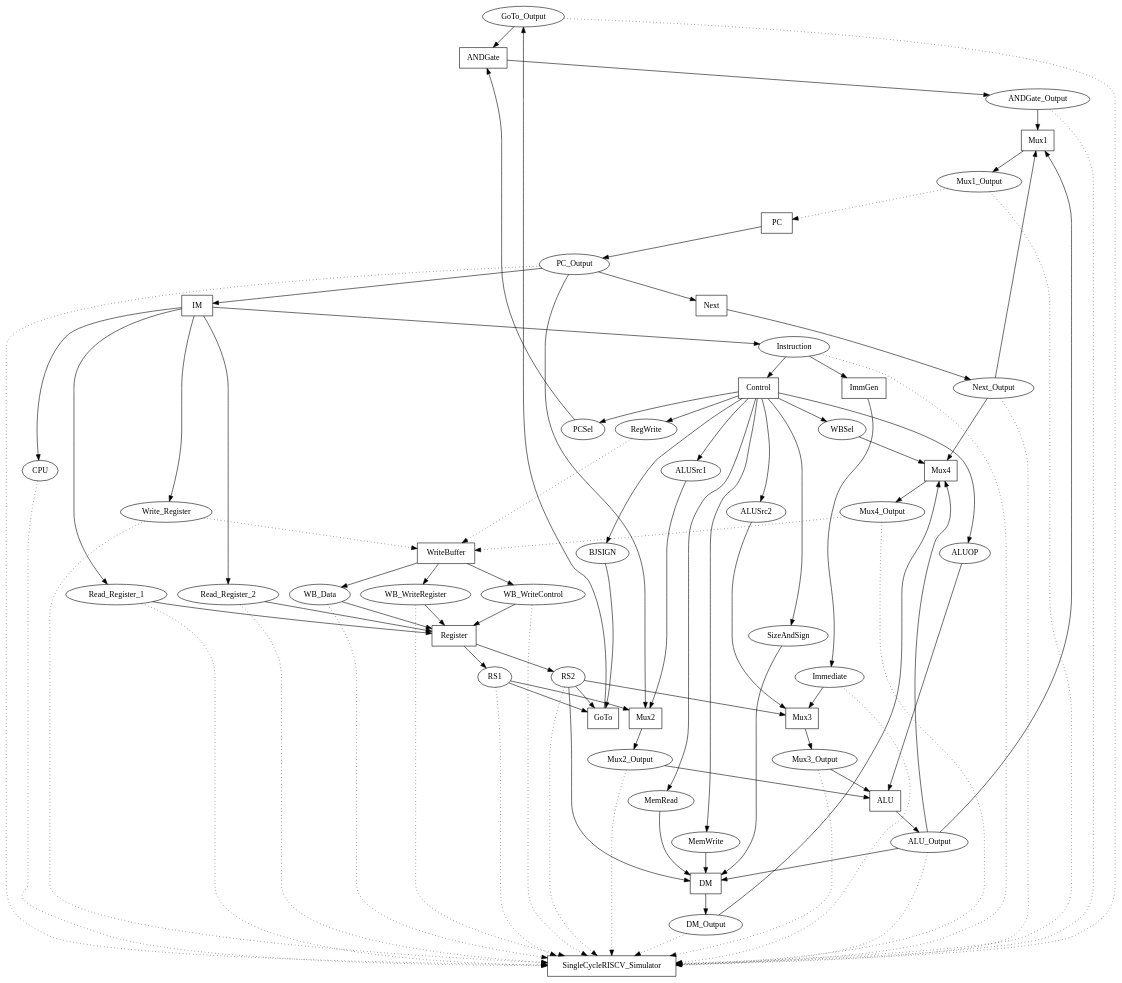
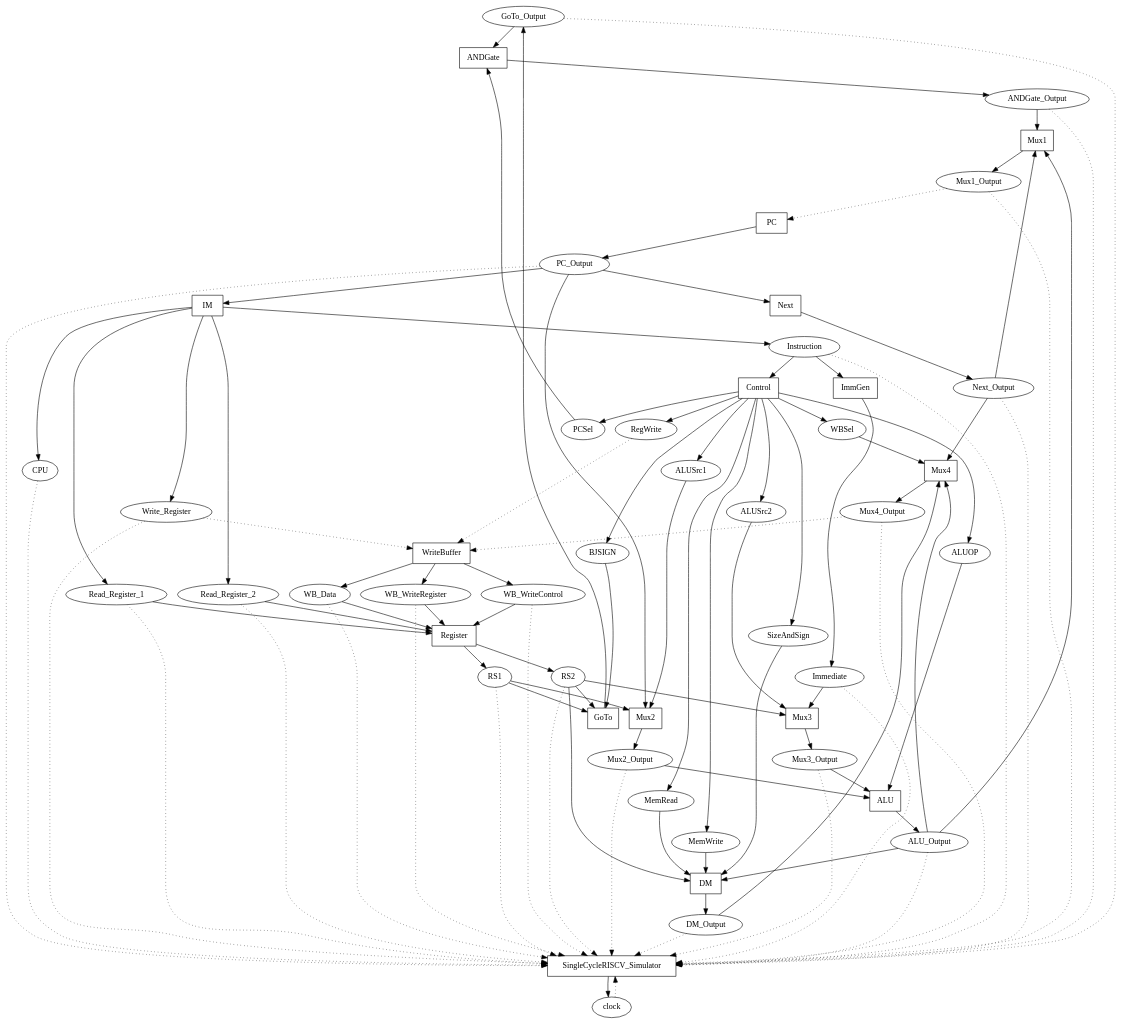
Before and after one commit to DanielRamyar/Master_Thesis: the diagram in SME_Implementations/SingleCycleRISCV2/output/network.dot, drawn with Graphviz. The commit also changed 9 other files, not shown here.

```diff
--- a/SME_Implementations/SingleCycleRISCV2/output/network.dot
+++ b/SME_Implementations/SingleCycleRISCV2/output/network.dot
@@ -1,140 +1,143 @@
 digraph SingleCycleRISCV {
 "GoTo_Output" [shape=oval];
 "PCSel" [shape=oval];
 "Next_Output" [shape=oval];
 "ALU_Output" [shape=oval];
 "ANDGate_Output" [shape=oval];
 "PC_Output" [shape=oval];
 "Read_Register_1" [shape=oval];
 "Read_Register_2" [shape=oval];
 "WB_Data" [shape=oval];
 "WB_WriteRegister" [shape=oval];
 "WB_WriteControl" [shape=oval];
 "Instruction" [shape=oval];
 "RS1" [shape=oval];
 "ALUSrc1" [shape=oval];
 "RS2" [shape=oval];
 "Immediate" [shape=oval];
 "ALUSrc2" [shape=oval];
 "ALUOP" [shape=oval];
 "Mux2_Output" [shape=oval];
 "Mux3_Output" [shape=oval];
 "BJSIGN" [shape=oval];
 "MemRead" [shape=oval];
 "MemWrite" [shape=oval];
 "SizeAndSign" [shape=oval];
 "DM_Output" [shape=oval];
 "WBSel" [shape=oval];
+"clock" [shape=oval];
 "Mux1_Output" [shape=oval];
 "Write_Register" [shape=oval];
 "CPU" [shape=oval];
 "RegWrite" [shape=oval];
 "Mux4_Output" [shape=oval];
 "ANDGate" [shape=box];
 "Mux1" [shape=box];
 "Mux4" [shape=box];
 "DM" [shape=box];
 "Next" [shape=box];
 "IM" [shape=box];
 "Mux2" [shape=box];
 "Register" [shape=box];
 "ImmGen" [shape=box];
 "Control" [shape=box];
 "GoTo" [shape=box];
 "Mux3" [shape=box];
 "ALU" [shape=box];
+"SingleCycleRISCV_Simulator" [shape=box];
 "PC" [shape=box];
 "WriteBuffer" [shape=box];
-"SingleCycleRISCV_Simulator" [shape=box];
 "GoTo_Output" -> "ANDGate";
 "PCSel" -> "ANDGate";
 "Next_Output" -> "Mux1";
 "Next_Output" -> "Mux4";
 "ALU_Output" -> "Mux1";
 "ALU_Output" -> "DM";
 "ALU_Output" -> "Mux4";
 "ANDGate_Output" -> "Mux1";
 "PC_Output" -> "Next";
 "PC_Output" -> "IM";
 "PC_Output" -> "Mux2";
 "Read_Register_1" -> "Register";
 "Read_Register_2" -> "Register";
 "WB_Data" -> "Register";
 "WB_WriteRegister" -> "Register";
 "WB_WriteControl" -> "Register";
 "Instruction" -> "ImmGen";
 "Instruction" -> "Control";
 "RS1" -> "Mux2";
 "RS1" -> "GoTo";
 "ALUSrc1" -> "Mux2";
 "RS2" -> "Mux3";
 "RS2" -> "GoTo";
 "RS2" -> "DM";
 "Immediate" -> "Mux3";
 "ALUSrc2" -> "Mux3";
 "ALUOP" -> "ALU";
 "Mux2_Output" -> "ALU";
 "Mux3_Output" -> "ALU";
 "BJSIGN" -> "GoTo";
 "MemRead" -> "DM";
 "MemWrite" -> "DM";
 "SizeAndSign" -> "DM";
 "DM_Output" -> "Mux4";
 "WBSel" -> "Mux4";
+"SingleCycleRISCV_Simulator" -> "clock";
 "ANDGate" -> "ANDGate_Output";
 "Mux1" -> "Mux1_Output";
 "PC" -> "PC_Output";
 "Next" -> "Next_Output";
 "IM" -> "Read_Register_1";
 "IM" -> "Read_Register_2";
 "IM" -> "Write_Register";
 "IM" -> "Instruction";
 "IM" -> "CPU";
 "Register" -> "RS1";
 "Register" -> "RS2";
 "ImmGen" -> "Immediate";
 "Control" -> "PCSel";
 "Control" -> "RegWrite";
 "Control" -> "ALUSrc1";
 "Control" -> "ALUSrc2";
 "Control" -> "ALUOP";
 "Control" -> "BJSIGN";
 "Control" -> "MemRead";
 "Control" -> "MemWrite";
 "Control" -> "WBSel";
 "Control" -> "SizeAndSign";
 "WriteBuffer" -> "WB_Data";
 "WriteBuffer" -> "WB_WriteRegister";
 "WriteBuffer" -> "WB_WriteControl";
 "Mux2" -> "Mux2_Output";
 "Mux3" -> "Mux3_Output";
 "ALU" -> "ALU_Output";
 "GoTo" -> "GoTo_Output";
 "DM" -> "DM_Output";
 "Mux4" -> "Mux4_Output";
 "ANDGate_Output" -> "SingleCycleRISCV_Simulator" [style=dotted];
 "Mux1_Output" -> "SingleCycleRISCV_Simulator" [style=dotted];
 "Mux1_Output" -> "PC" [style=dotted];
 "PC_Output" -> "SingleCycleRISCV_Simulator" [style=dotted];
 "Next_Output" -> "SingleCycleRISCV_Simulator" [style=dotted];
 "Instruction" -> "SingleCycleRISCV_Simulator" [style=dotted];
 "Read_Register_1" -> "SingleCycleRISCV_Simulator" [style=dotted];
 "Read_Register_2" -> "SingleCycleRISCV_Simulator" [style=dotted];
 "Write_Register" -> "SingleCycleRISCV_Simulator" [style=dotted];
 "Write_Register" -> "WriteBuffer" [style=dotted];
 "RS1" -> "SingleCycleRISCV_Simulator" [style=dotted];
 "RS2" -> "SingleCycleRISCV_Simulator" [style=dotted];
 "Immediate" -> "SingleCycleRISCV_Simulator" [style=dotted];
 "WB_WriteRegister" -> "SingleCycleRISCV_Simulator" [style=dotted];
 "WB_Data" -> "SingleCycleRISCV_Simulator" [style=dotted];
 "WB_WriteControl" -> "SingleCycleRISCV_Simulator" [style=dotted];
 "Mux2_Output" -> "SingleCycleRISCV_Simulator" [style=dotted];
 "Mux3_Output" -> "SingleCycleRISCV_Simulator" [style=dotted];
 "ALU_Output" -> "SingleCycleRISCV_Simulator" [style=dotted];
 "GoTo_Output" -> "SingleCycleRISCV_Simulator" [style=dotted];
 "DM_Output" -> "SingleCycleRISCV_Simulator" [style=dotted];
 "Mux4_Output" -> "SingleCycleRISCV_Simulator" [style=dotted];
 "Mux4_Output" -> "WriteBuffer" [style=dotted];
 "CPU" -> "SingleCycleRISCV_Simulator" [style=dotted];
+"clock" -> "SingleCycleRISCV_Simulator" [style=dotted];
 "RegWrite" -> "WriteBuffer" [style=dotted];
 }
```
